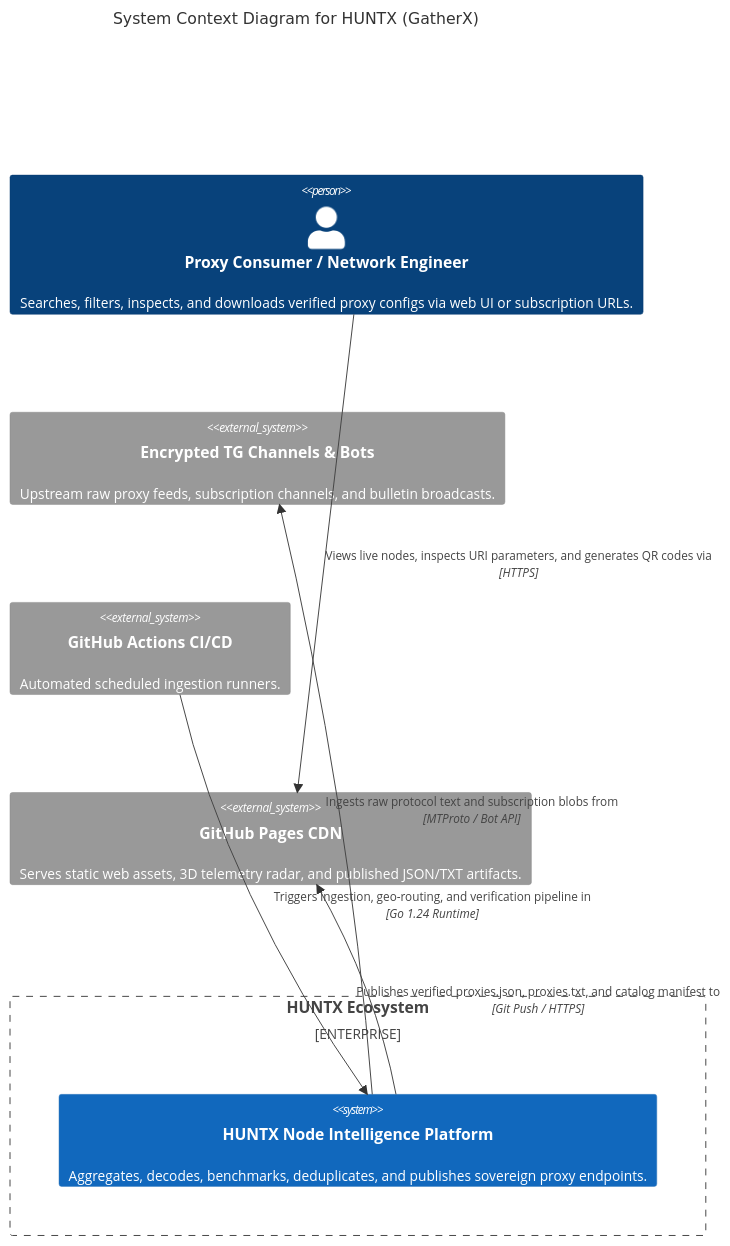
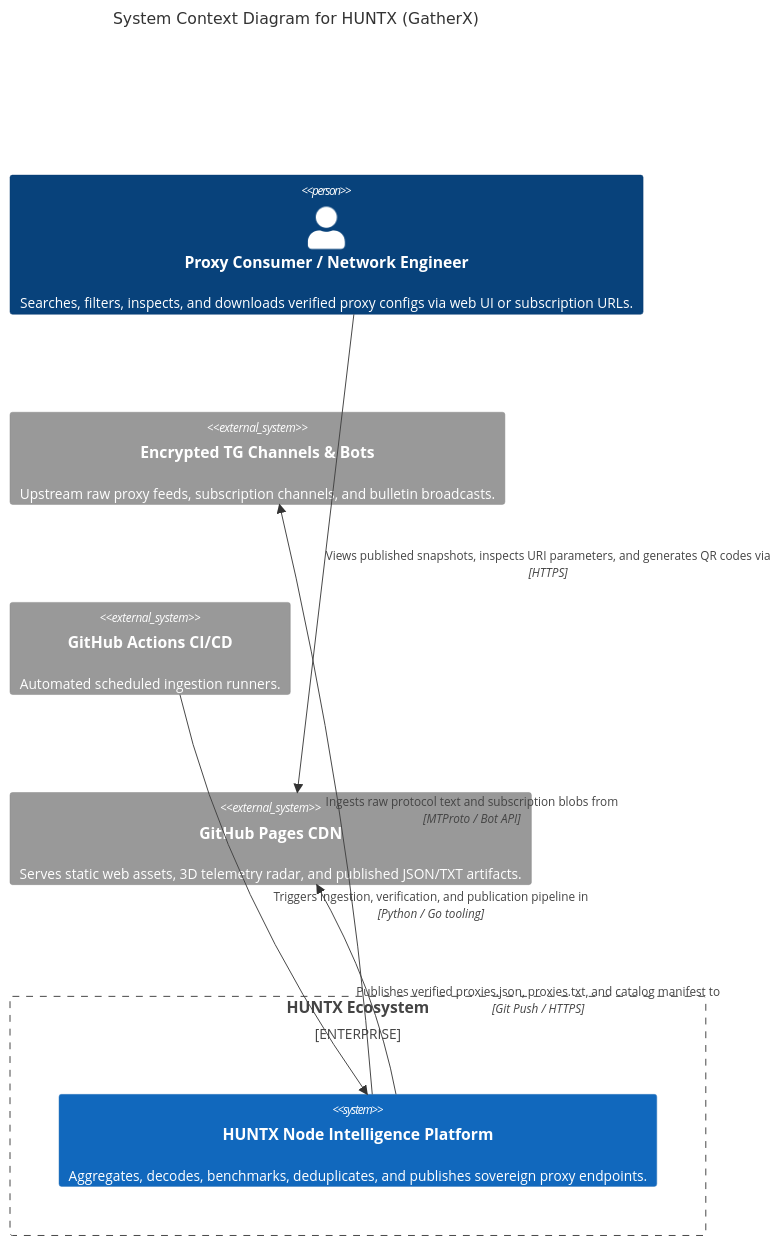
One commit to AmirrezaFarnamTaheri/HUNTX changed the diagram in README.md. Above: the diagram before and after it, drawn with Mermaid. The commit also changed other lines of this file and 39 other files, not shown here.

Commit message:
feat: harden publishing and elevate architecture workspace

````diff
--- a/README.md
+++ b/README.md
@@ -28,17 +28,17 @@
 ```mermaid
 C4Context
     title System Context Diagram for HUNTX (GatherX)
 
     Person(user, "Proxy Consumer / Network Engineer", "Searches, filters, inspects, and downloads verified proxy configs via web UI or subscription URLs.")
     Enterprise_Boundary(b0, "HUNTX Ecosystem") {
         System(huntx, "HUNTX Node Intelligence Platform", "Aggregates, decodes, benchmarks, deduplicates, and publishes sovereign proxy endpoints.")
     }
     System_Ext(telegram, "Encrypted TG Channels & Bots", "Upstream raw proxy feeds, subscription channels, and bulletin broadcasts.")
     System_Ext(github_ci, "GitHub Actions CI/CD", "Automated scheduled ingestion runners.")
     System_Ext(pages, "GitHub Pages CDN", "Serves static web assets, 3D telemetry radar, and published JSON/TXT artifacts.")
 
-    Rel(user, pages, "Views live nodes, inspects URI parameters, and generates QR codes via", "HTTPS")
+    Rel(user, pages, "Views published snapshots, inspects URI parameters, and generates QR codes via", "HTTPS")
     Rel(huntx, telegram, "Ingests raw protocol text and subscription blobs from", "MTProto / Bot API")
-    Rel(github_ci, huntx, "Triggers ingestion, geo-routing, and verification pipeline in", "Go 1.24 Runtime")
+    Rel(github_ci, huntx, "Triggers ingestion, verification, and publication pipeline in", "Python / Go tooling")
     Rel(huntx, pages, "Publishes verified proxies.json, proxies.txt, and catalog manifest to", "Git Push / HTTPS")
 ```
````
